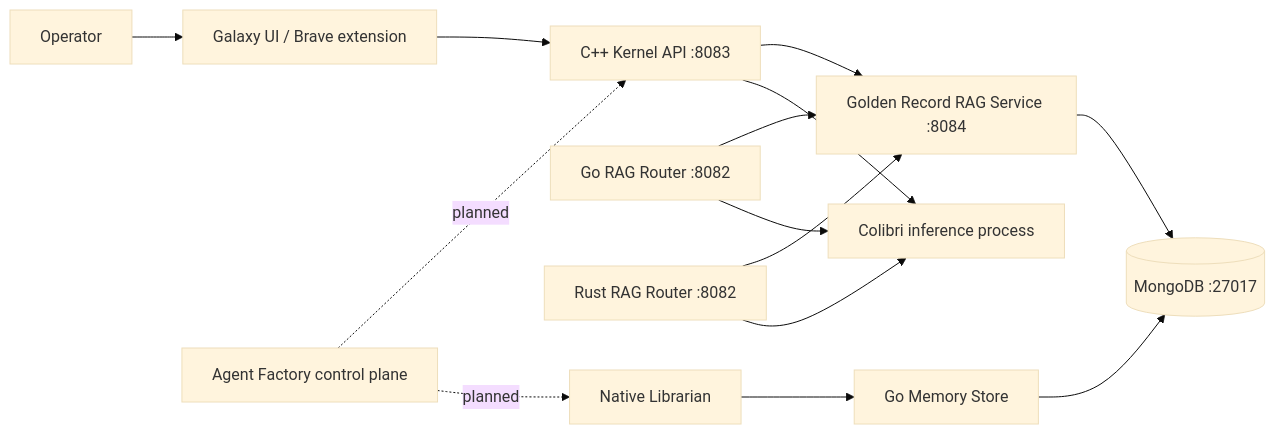
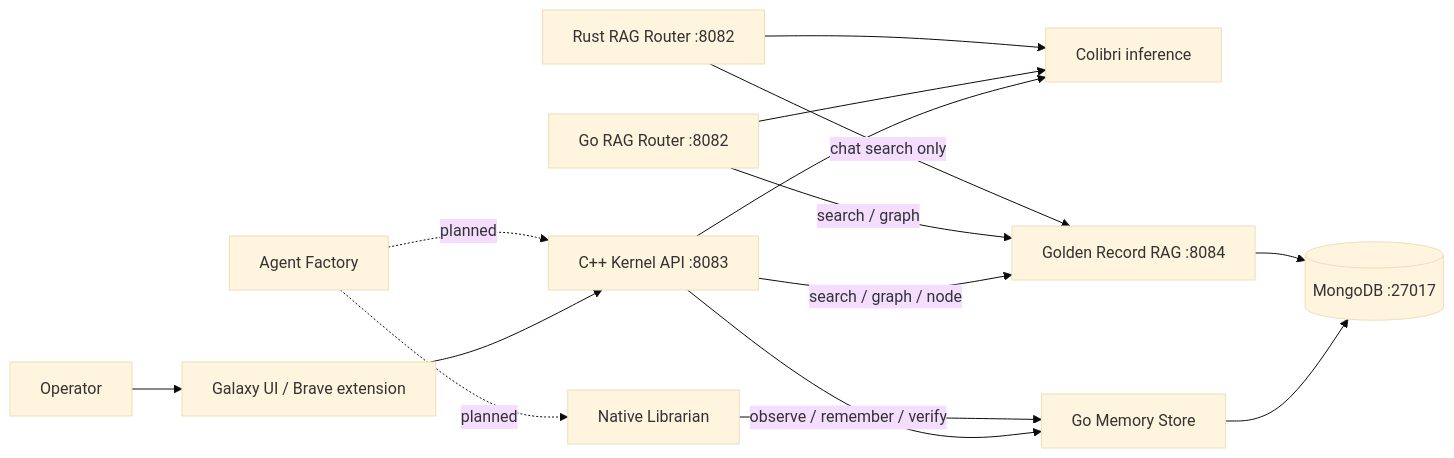
Before and after one commit to usrname1git/GodBrain: the first of 5 diagrams in ARCHITECTURE.md, drawn with Mermaid (base theme). The commit also changed other lines of this file and 24 other files, not shown here.

First line of the commit message:
Add observe, verify, and reject on Golden Records

````diff
--- a/ARCHITECTURE.md
+++ b/ARCHITECTURE.md
@@ -40,28 +40,29 @@
 ```mermaid
 flowchart LR
     Operator[Operator]
     UI[Galaxy UI / Brave extension]
     Kernel[C++ Kernel API :8083]
     GoRouter[Go RAG Router :8082]
     RustRouter[Rust RAG Router :8082]
     Mongo[(MongoDB :27017)]
-    Colibri[Colibri inference process]
+    Colibri[Colibri inference]
     Librarian[Native Librarian]
     Memory[Go Memory Store]
-    RAG[Golden Record RAG Service :8084]
-    Factory[Agent Factory control plane]
+    RAG[Golden Record RAG :8084]
+    Factory[Agent Factory]
 
     Operator --> UI
     UI --> Kernel
-    Kernel --> RAG
+    Kernel -->|search / graph / node| RAG
+    Kernel -->|observe / remember / verify| Memory
     Kernel --> Colibri
-    GoRouter --> RAG
+    GoRouter -->|search / graph| RAG
     GoRouter --> Colibri
-    RustRouter --> RAG
+    RustRouter -->|chat search only| RAG
     RustRouter --> Colibri
     Librarian --> Memory
     Memory --> Mongo
     RAG --> Mongo
-    Factory -. planned .-> Kernel
-    Factory -. planned .-> Librarian
+    Factory -.->|planned| Kernel
+    Factory -.->|planned| Librarian
 ```
````
